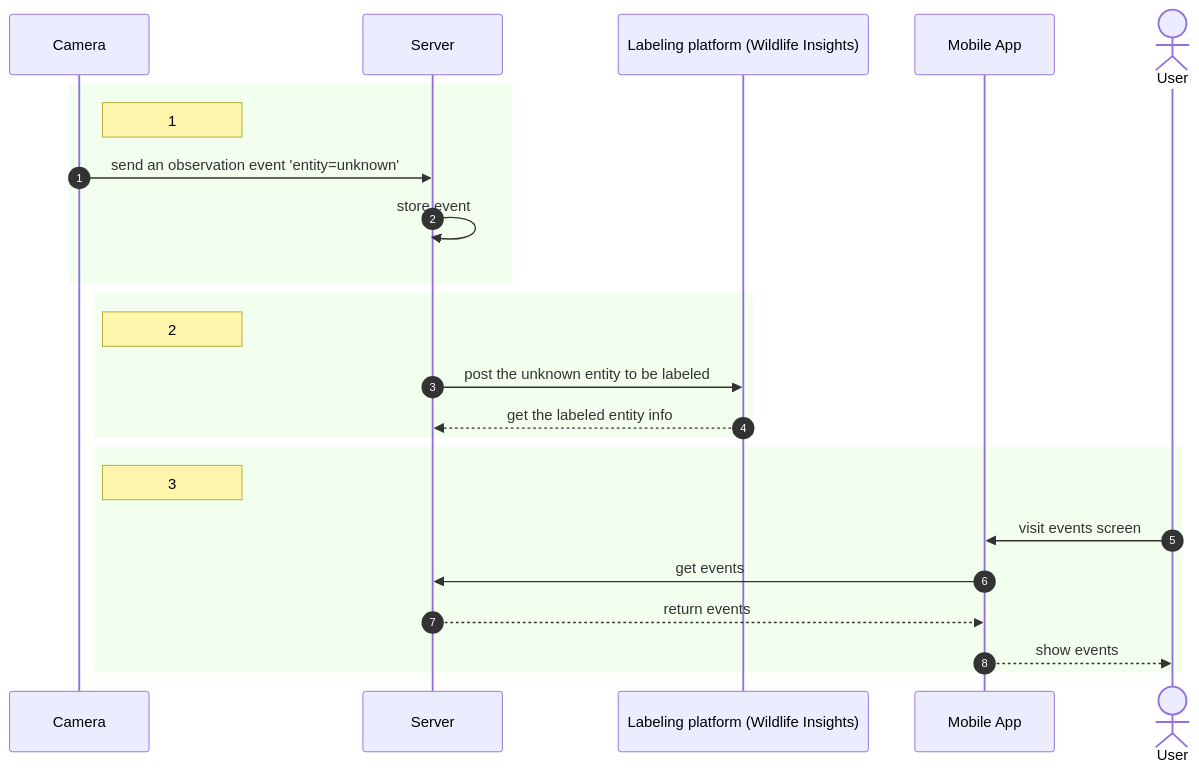
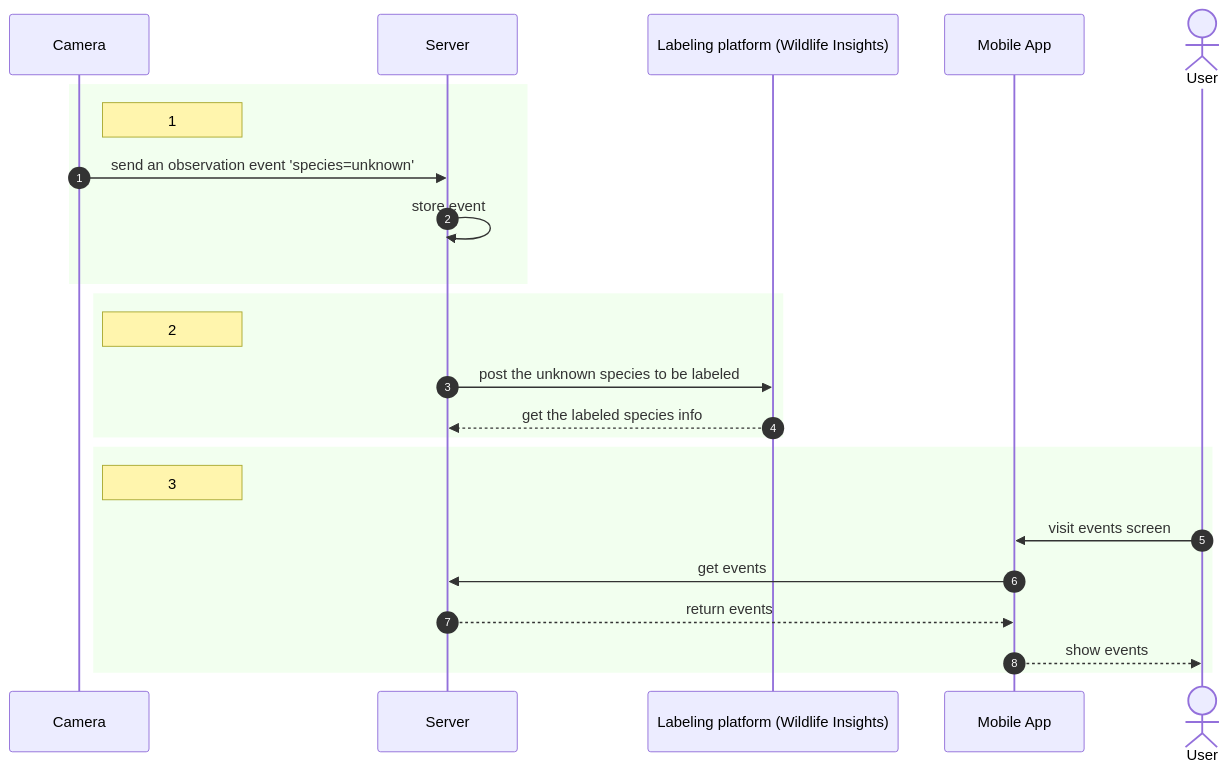
The second of 3 diagrams in README.md (dscherbak/rapid-response-katas), drawn with Mermaid before and after one commit. The commit also changed other lines of this file, not shown here.

````diff
--- a/README.md
+++ b/README.md
@@ -206,30 +206,30 @@
 ```mermaid
 sequenceDiagram
   participant cam as Camera
   participant serv as Server
   participant lp as Labeling platform (Wildlife Insights)
   participant ui as Mobile App
   actor u as User
   autonumber
 
   rect rgba(128, 255, 100, 0.1)
     note right of cam: 1
-    cam ->> serv: send an observation event 'entity=unknown'
+    cam ->> serv: send an observation event 'species=unknown'
     serv ->> serv: store event
   end
 
   rect rgba(128, 255, 100, 0.1)
     note right of cam: 2
-    serv ->> lp: post the unknown entity to be labeled
-    lp -->> serv: get the labeled entity info
+    serv ->> lp: post the unknown species to be labeled
+    lp -->> serv: get the labeled species info
   end
 
   rect rgba(128, 255, 100, 0.1)
     note right of cam: 3
     u ->> ui: visit events screen
     ui ->> serv: get events
     serv -->> ui: return events
     ui -->> u: show events
   end
 
 ```
````
